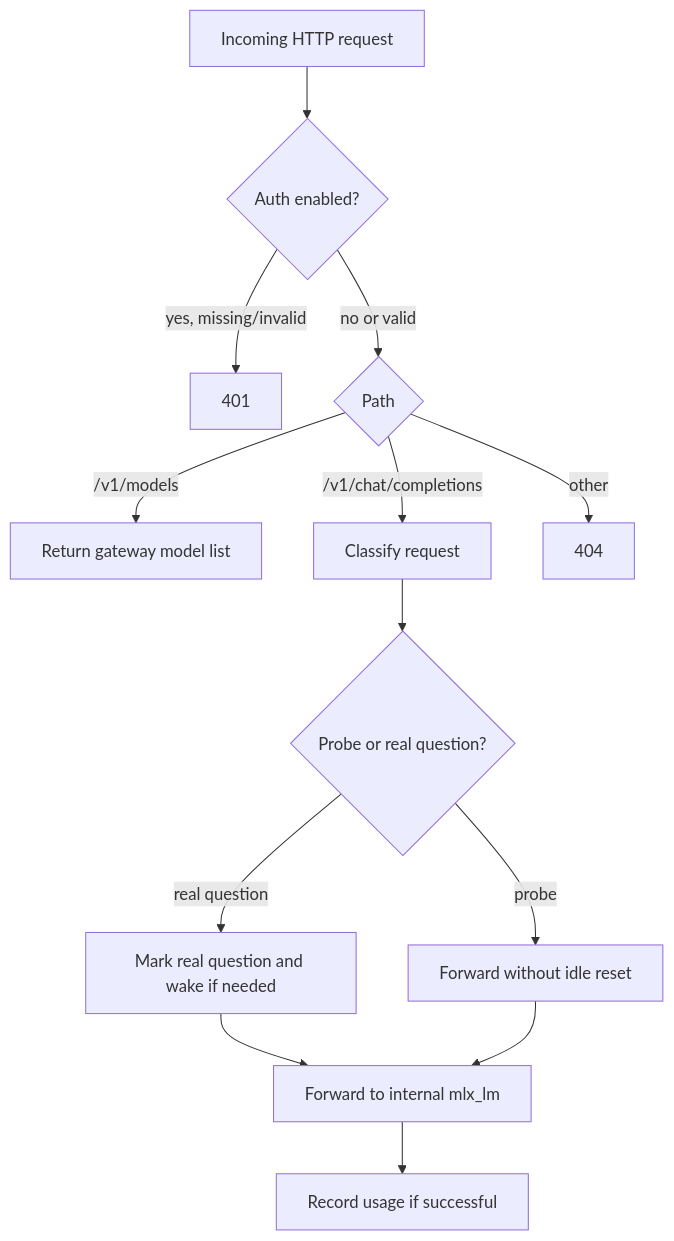
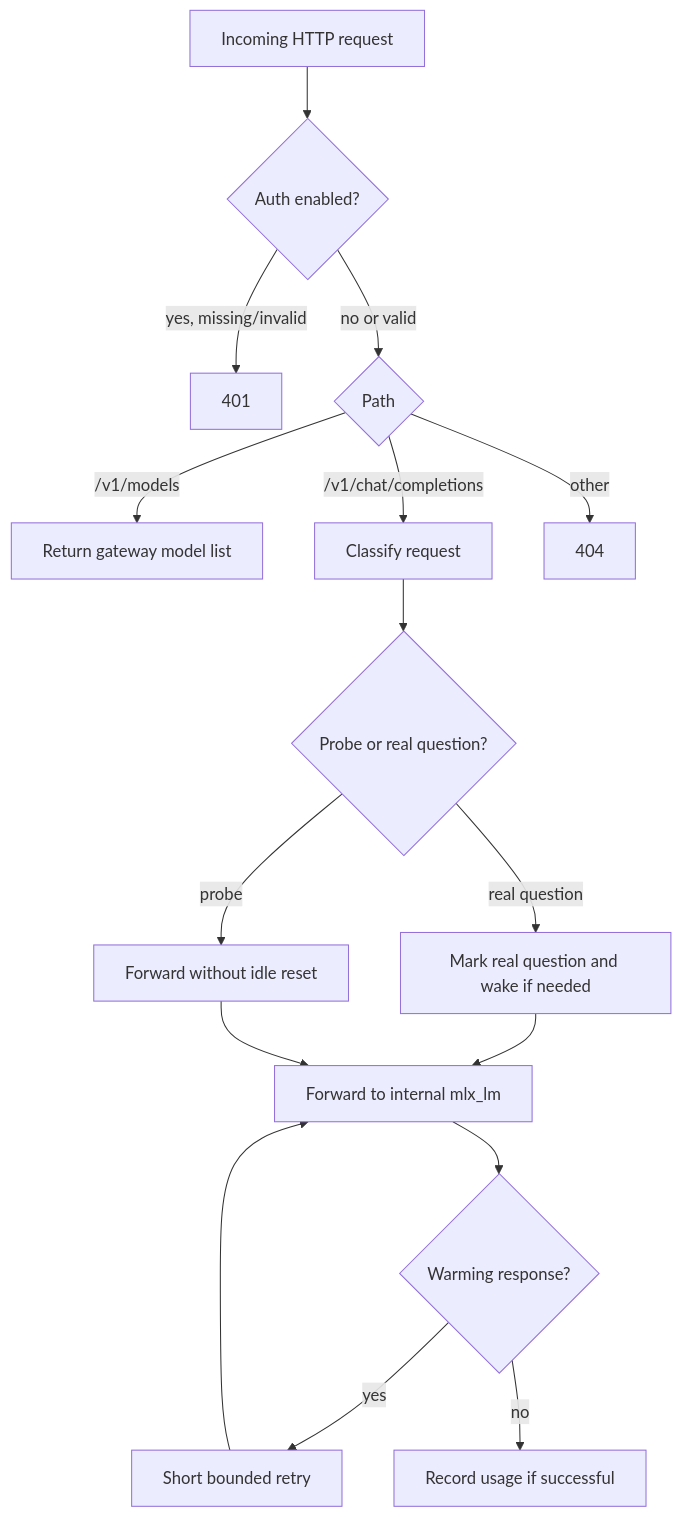
The sixth of 7 diagrams in docs/c4_architecture.md (agabrielson/MlxManager), drawn with Mermaid before and after one commit. The commit also changed other lines of this file and 2 other files, not shown here.

Commit message:
Harden gateway auth sync and warm wake

````diff
--- a/docs/c4_architecture.md
+++ b/docs/c4_architecture.md
@@ -262,15 +262,18 @@
 ```mermaid
 flowchart TD
     req["Incoming HTTP request"] --> auth{"Auth enabled?"}
     auth -->|"yes, missing/invalid"| reject["401"]
     auth -->|"no or valid"| route{"Path"}
     route -->|"/v1/models"| models["Return gateway model list"]
     route -->|"/v1/chat/completions"| classify["Classify request"]
     route -->|"other"| notfound["404"]
     classify --> probe{"Probe or real question?"}
     probe -->|"probe"| forward_probe["Forward without idle reset"]
     probe -->|"real question"| wake["Mark real question and wake if needed"]
     wake --> forward["Forward to internal mlx_lm"]
+    forward --> warm{"Warming response?"}
+    warm -->|"yes"| retry["Short bounded retry"]
+    retry --> forward
+    warm -->|"no"| usage["Record usage if successful"]
     forward_probe --> forward
-    forward --> usage["Record usage if successful"]
 ```
````
